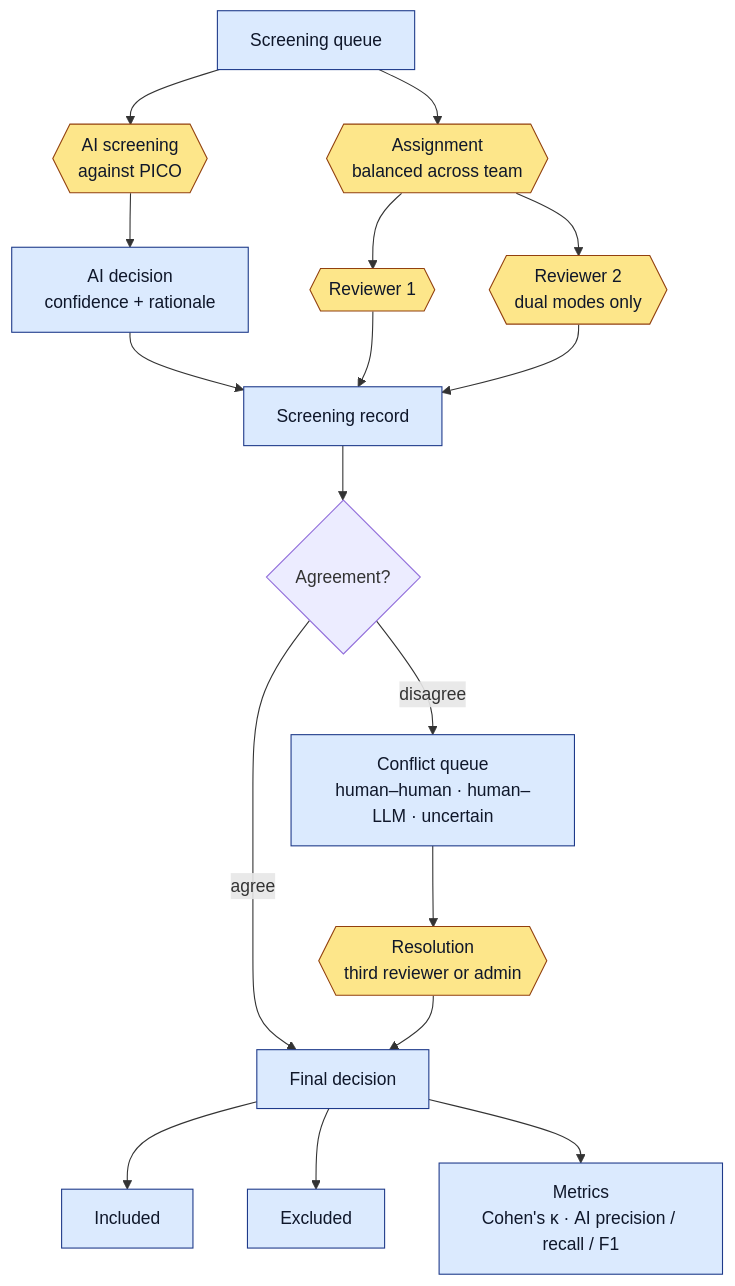
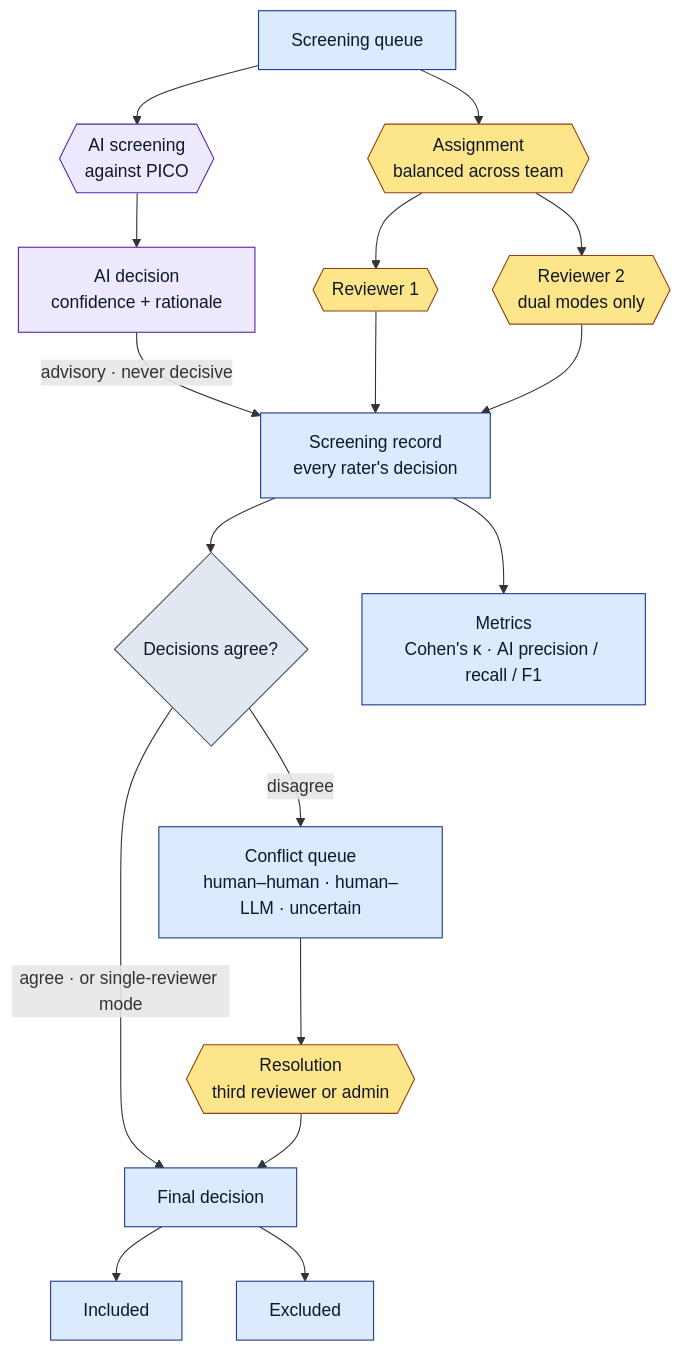
Before and after one commit to Synthesis-and-Reviews-Office-3ie/living_synthesis: the second of 2 diagrams in PROJECT_OVERVIEW.md, drawn with Mermaid. The commit also changed other lines of this file, not shown here.

Commit message:
PROJECT_OVERVIEW: colour the AI steps in the pipeline diagram

````diff
--- a/PROJECT_OVERVIEW.md
+++ b/PROJECT_OVERVIEW.md
@@ -58,33 +60,38 @@
 ```mermaid
 flowchart TB
     Q["Screening queue"]
     AIS{{"AI screening<br/>against PICO"}}
     AIR["AI decision<br/>confidence + rationale"]
     ASSIGN{{"Assignment<br/>balanced across team"}}
     R1{{"Reviewer 1"}}
     R2{{"Reviewer 2<br/>dual modes only"}}
-    DEC["Screening record"]
-    CONF{"Agreement?"}
+    DEC["Screening record<br/>every rater's decision"]
+    CONF{"Decisions agree?"}
     CQ["Conflict queue<br/>human–human · human–LLM · uncertain"]
     RES{{"Resolution<br/>third reviewer or admin"}}
     FINAL["Final decision"]
     INC["Included"]
     EXC["Excluded"]
     MET["Metrics<br/>Cohen's κ · AI precision / recall / F1"]
 
-    Q --> AIS --> AIR --> DEC
+    Q --> AIS --> AIR
+    AIR -->|"advisory · never decisive"| DEC
     Q --> ASSIGN
     ASSIGN --> R1 --> DEC
     ASSIGN --> R2 --> DEC
     DEC --> CONF
-    CONF -->|agree| FINAL
+    CONF -->|"agree · or single-reviewer mode"| FINAL
     CONF -->|disagree| CQ --> RES --> FINAL
     FINAL --> INC
     FINAL --> EXC
-    FINAL --> MET
+    DEC --> MET
 
     classDef rec fill:#dbeafe,stroke:#1e3a8a,color:#0f172a
     classDef proc fill:#fde68a,stroke:#92400e,color:#0f172a
-    class Q,AIR,DEC,CQ,FINAL,INC,EXC,MET rec
-    class AIS,ASSIGN,R1,R2,RES proc
+    classDef ai fill:#ede9fe,stroke:#5b21b6,color:#0f172a
+    classDef gate fill:#e2e8f0,stroke:#475569,color:#0f172a
+    class Q,DEC,CQ,FINAL,INC,EXC,MET rec
+    class ASSIGN,R1,R2,RES proc
+    class AIS,AIR ai
+    class CONF gate
 ```
````
